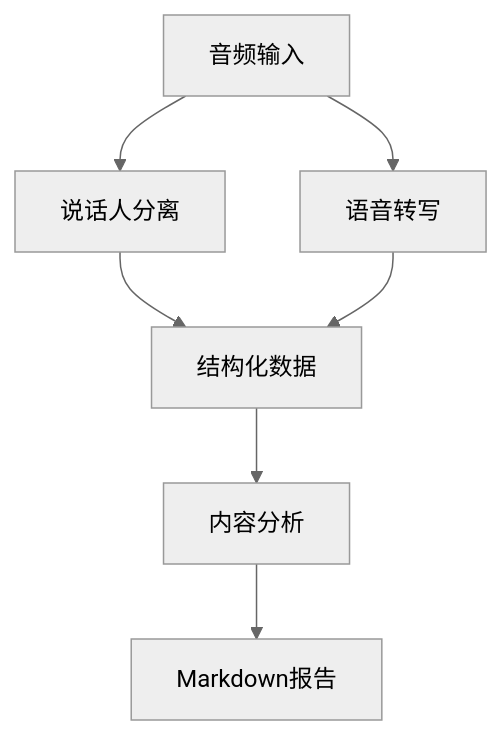
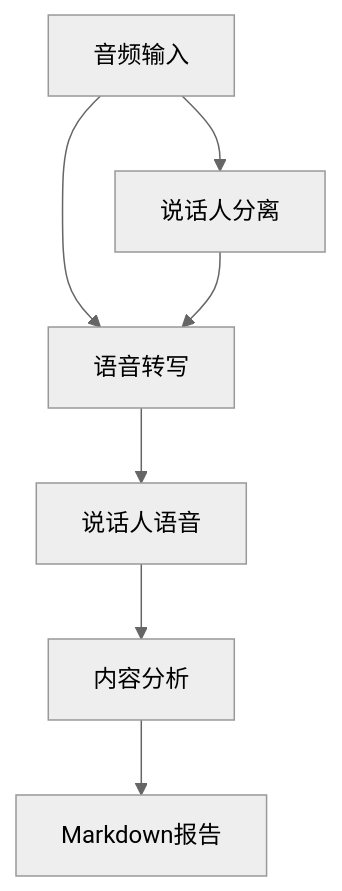
One commit to JokingXie/meeting-minutes changed the diagram in README.md. Above: the diagram before and after it, drawn with Mermaid (neutral theme). The commit also changed other lines of this file and 2 other files, not shown here.

````diff
--- a/README.md
+++ b/README.md
@@ -12,9 +13,9 @@
 ```mermaid
 graph TD
     A[音频输入] --> B[说话人分离]
     A --> C[语音转写]
-    B --> D[结构化数据]
-    C --> D
+    B --> C
+    C --> D[说话人语音]
     D --> E[内容分析]
     E --> F[Markdown报告]
 ```
````
